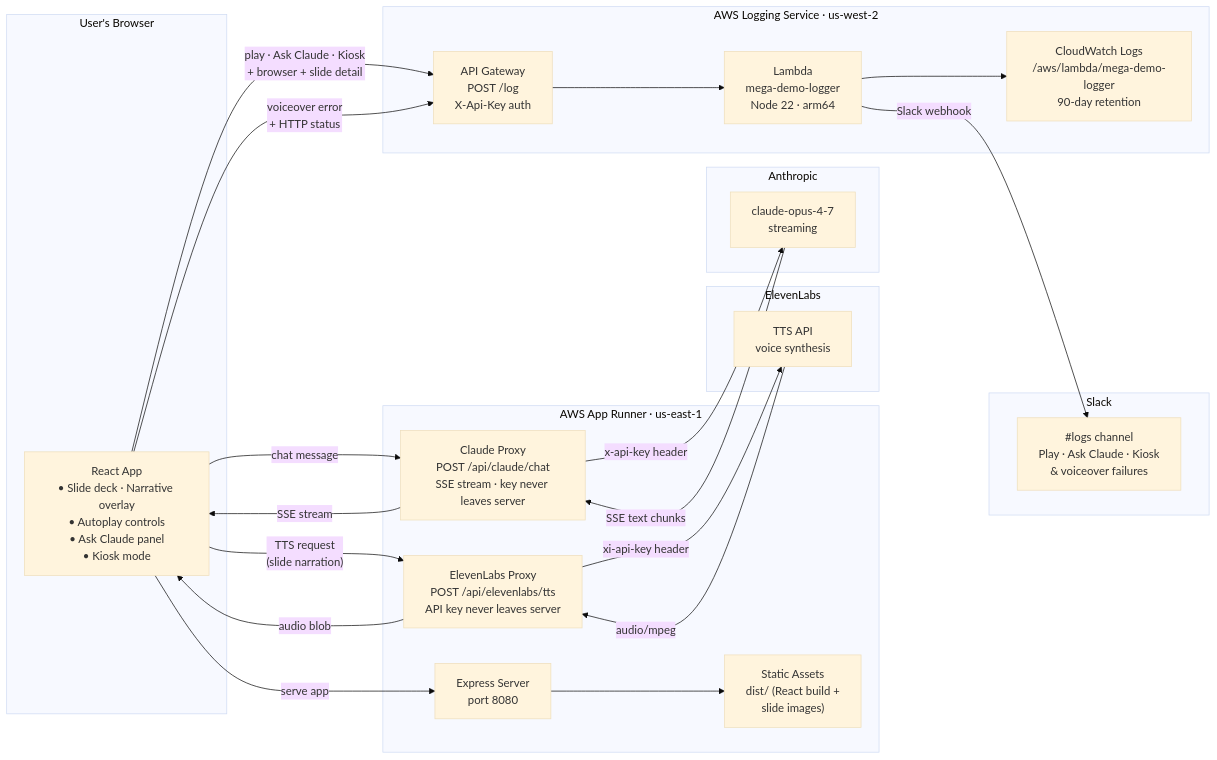
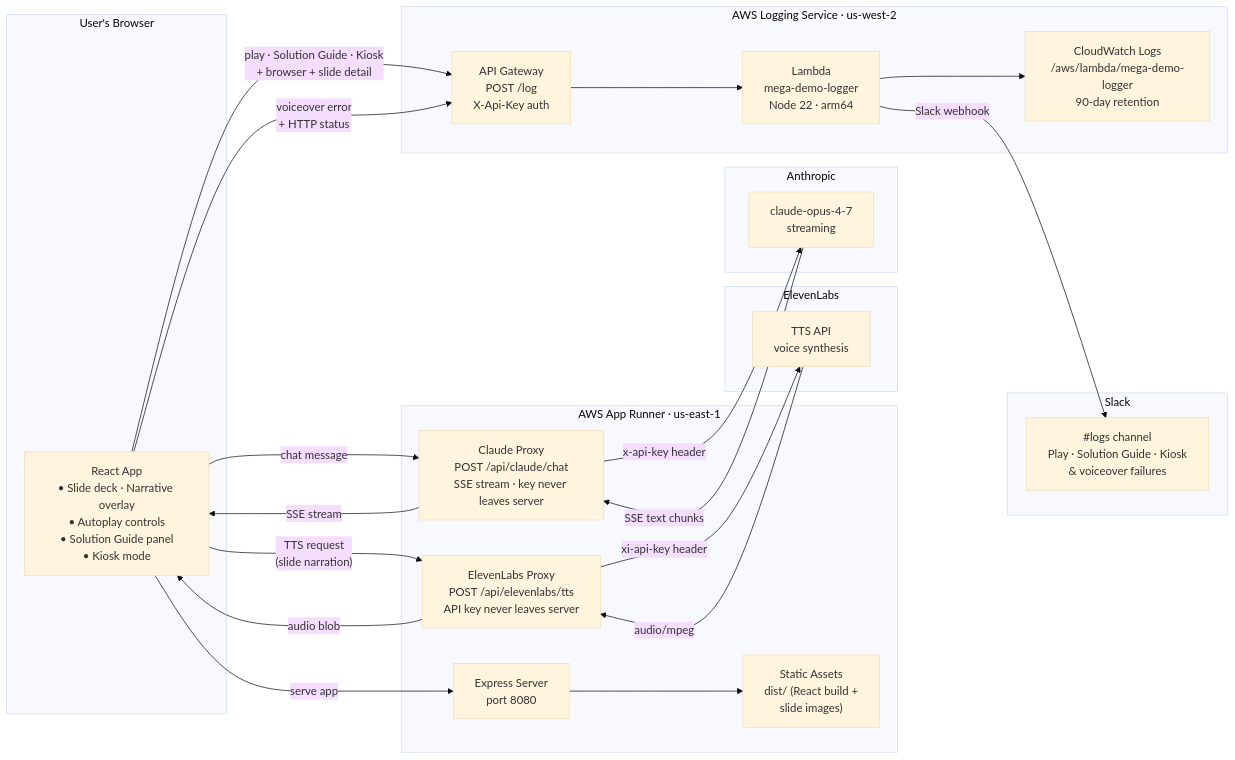
One commit to congmingwudi/tdx26-mega-demo changed the second of 2 diagrams in README.md. Above: the diagram before and after it, drawn with Mermaid (base theme). The commit also changed other lines of this file and 11 other files, not shown here.

First line of the commit message:
Add model selector, rename to Solution Guide, reduce SF Models API latency

````diff
--- a/README.md
+++ b/README.md
@@ -119,47 +119,47 @@
 ```mermaid
 flowchart LR
     subgraph Browser["User's Browser"]
-        UI["React App\n• Slide deck · Narrative overlay\n• Autoplay controls\n• Ask Claude panel\n• Kiosk mode"]
+        UI["React App\n• Slide deck · Narrative overlay\n• Autoplay controls\n• Solution Guide panel\n• Kiosk mode"]
     end
 
     subgraph AppRunner["AWS App Runner · us-east-1"]
         EXPRESS["Express Server\nport 8080"]
         STATIC["Static Assets\ndist/ (React build +\nslide images)"]
         ELPROXY["ElevenLabs Proxy\nPOST /api/elevenlabs/tts\nAPI key never leaves server"]
         CLPROXY["Claude Proxy\nPOST /api/claude/chat\nSSE stream · key never leaves server"]
     end
 
     subgraph ElevenLabs["ElevenLabs"]
         ELAPI["TTS API\nvoice synthesis"]
     end
 
     subgraph Anthropic["Anthropic"]
         CLAPI["claude-opus-4-7\nstreaming"]
     end
 
     subgraph LoggingService["AWS Logging Service · us-west-2"]
         APIGW["API Gateway\nPOST /log\nX-Api-Key auth"]
         LAMBDA["Lambda\nmega-demo-logger\nNode 22 · arm64"]
         CW["CloudWatch Logs\n/aws/lambda/mega-demo-logger\n90-day retention"]
     end
 
     subgraph Slack["Slack"]
-        LOGS["#logs channel\nPlay · Ask Claude · Kiosk\n& voiceover failures"]
+        LOGS["#logs channel\nPlay · Solution Guide · Kiosk\n& voiceover failures"]
     end
 
     UI -->|"serve app"| EXPRESS
     EXPRESS --> STATIC
     UI -->|"TTS request\n(slide narration)"| ELPROXY
     ELPROXY -->|"xi-api-key header"| ELAPI
     ELAPI -->|"audio/mpeg"| ELPROXY
     ELPROXY -->|"audio blob"| UI
     UI -->|"chat message"| CLPROXY
     CLPROXY -->|"x-api-key header"| CLAPI
     CLAPI -->|"SSE text chunks"| CLPROXY
     CLPROXY -->|"SSE stream"| UI
-    UI -->|"play · Ask Claude · Kiosk\n+ browser + slide detail"| APIGW
+    UI -->|"play · Solution Guide · Kiosk\n+ browser + slide detail"| APIGW
     UI -->|"voiceover error\n+ HTTP status"| APIGW
     APIGW --> LAMBDA
     LAMBDA --> CW
     LAMBDA -->|"Slack webhook"| LOGS
 ```
````
